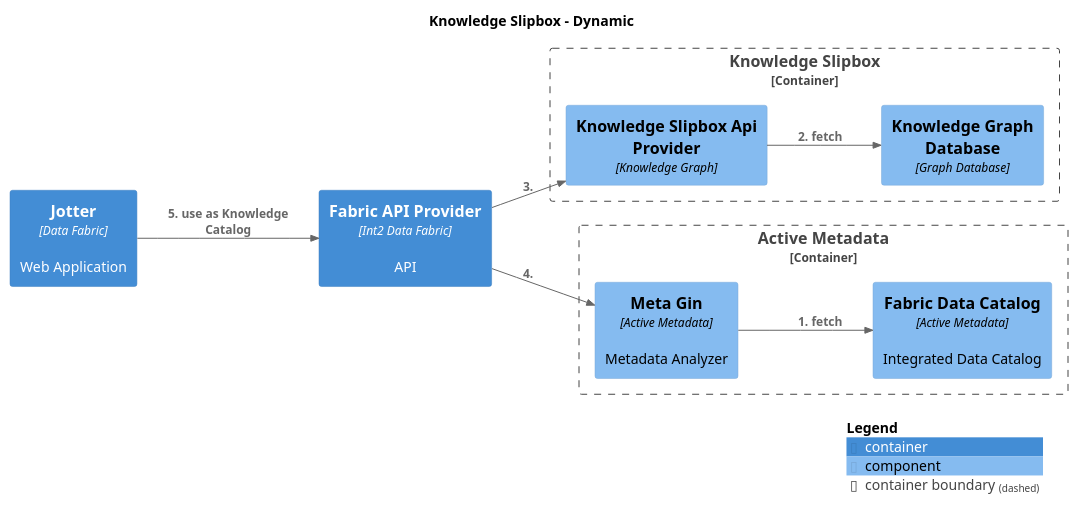
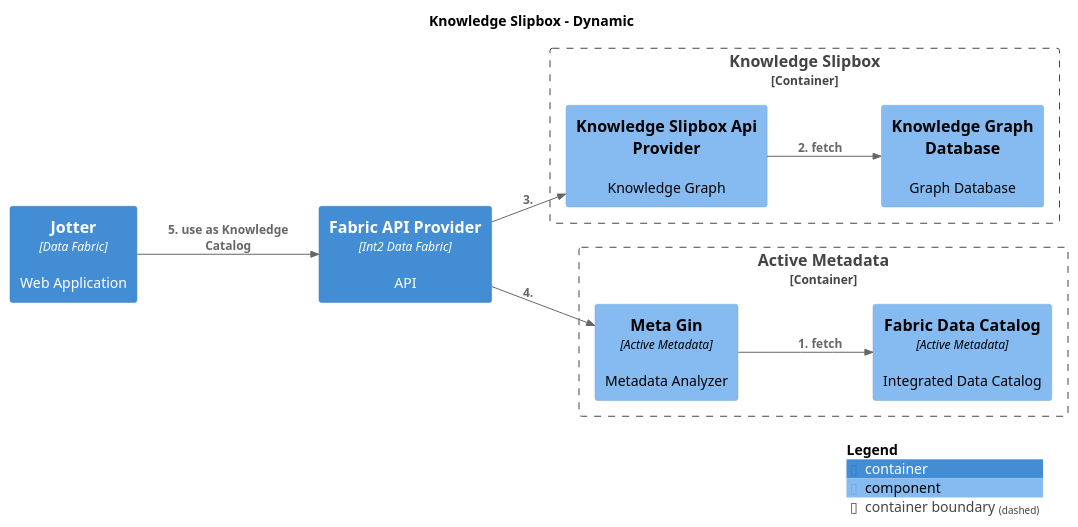
The diagram in master/puml/KnowledgeCatalog.puml (IntellectusCorp/data-fabric-docs), drawn with PlantUML before and after one commit. The commit also changed 55 other files, not shown here.

Commit message:
Deploying to gh-pages from @ IntellectusCorp/data-fabric-docs@dd34db61a74e45a7e50edf210c99ba1024fd0d57 🚀

```diff
--- a/master/puml/KnowledgeCatalog.puml
+++ b/master/puml/KnowledgeCatalog.puml
@@ -1,32 +1,32 @@
 @startuml
 set separator none
 title Knowledge Slipbox - Dynamic
 
 left to right direction
 
 !include <C4/C4>
 !include <C4/C4_Context>
 !include <C4/C4_Container>
 !include <C4/C4_Component>
 
 Container_Boundary("DataFabric.KnowledgeSlipbox_boundary", "Knowledge Slipbox", $tags="") {
-  Component(DataFabric.KnowledgeSlipbox.KnowledgeGraphDatabase, "Knowledge Graph Database", "Graph Database", $tags="")
-  Component(DataFabric.KnowledgeSlipbox.KnowledgeSlipboxApiProvider, "Knowledge Slipbox Api Provider", "Knowledge Graph", $tags="")
+  Component(DataFabric.KnowledgeSlipbox.KnowledgeGraphDatabase, "Knowledge Graph Database", $techn="", $descr="Graph Database", $tags="", $link="")
+  Component(DataFabric.KnowledgeSlipbox.KnowledgeSlipboxApiProvider, "Knowledge Slipbox Api Provider", $techn="", $descr="Knowledge Graph", $tags="", $link="")
 }
 
 Container_Boundary("DataFabric.ActiveMetadata_boundary", "Active Metadata", $tags="") {
-  Component(DataFabric.ActiveMetadata.MetaGin, "Meta Gin", "Active Metadata", "Metadata Analyzer", $tags="")
-  Component(DataFabric.ActiveMetadata.FabricDataCatalog, "Fabric Data Catalog", "Active Metadata", "Integrated Data Catalog", $tags="")
+  Component(DataFabric.ActiveMetadata.MetaGin, "Meta Gin", $techn="Active Metadata", $descr="Metadata Analyzer", $tags="", $link="")
+  Component(DataFabric.ActiveMetadata.FabricDataCatalog, "Fabric Data Catalog", $techn="Active Metadata", $descr="Integrated Data Catalog", $tags="", $link="")
 }
 
-Container(DataFabric.Jotter, "Jotter", "Data Fabric", "Web Application", $tags="")
-Container(DataFabric.FabricAPIProvider, "Fabric API Provider", "Int2 Data Fabric", "API", $tags="")
+Container(DataFabric.Jotter, "Jotter", $techn="Data Fabric", $descr="Web Application", $tags="", $link="")
+Container(DataFabric.FabricAPIProvider, "Fabric API Provider", $techn="Int2 Data Fabric", $descr="API", $tags="", $link="")
 
-Rel_D(DataFabric.ActiveMetadata.MetaGin, DataFabric.ActiveMetadata.FabricDataCatalog, "1. fetch", $tags="")
-Rel_D(DataFabric.KnowledgeSlipbox.KnowledgeSlipboxApiProvider, DataFabric.KnowledgeSlipbox.KnowledgeGraphDatabase, "2. fetch", $tags="")
-Rel_D(DataFabric.FabricAPIProvider, DataFabric.KnowledgeSlipbox.KnowledgeSlipboxApiProvider, "3. ", $tags="")
-Rel_D(DataFabric.FabricAPIProvider, DataFabric.ActiveMetadata.MetaGin, "4. ", $tags="")
-Rel_D(DataFabric.Jotter, DataFabric.FabricAPIProvider, "5. use as Knowledge Catalog", $tags="")
+Rel_D(DataFabric.ActiveMetadata.MetaGin, DataFabric.ActiveMetadata.FabricDataCatalog, "1. fetch", $techn="", $tags="", $link="")
+Rel_D(DataFabric.KnowledgeSlipbox.KnowledgeSlipboxApiProvider, DataFabric.KnowledgeSlipbox.KnowledgeGraphDatabase, "2. fetch", $techn="", $tags="", $link="")
+Rel_D(DataFabric.FabricAPIProvider, DataFabric.KnowledgeSlipbox.KnowledgeSlipboxApiProvider, "3. ", $techn="", $tags="", $link="")
+Rel_D(DataFabric.FabricAPIProvider, DataFabric.ActiveMetadata.MetaGin, "4. ", $techn="", $tags="", $link="")
+Rel_D(DataFabric.Jotter, DataFabric.FabricAPIProvider, "5. use as Knowledge Catalog", $techn="", $tags="", $link="")
 
 SHOW_LEGEND(true)
 @enduml
```
